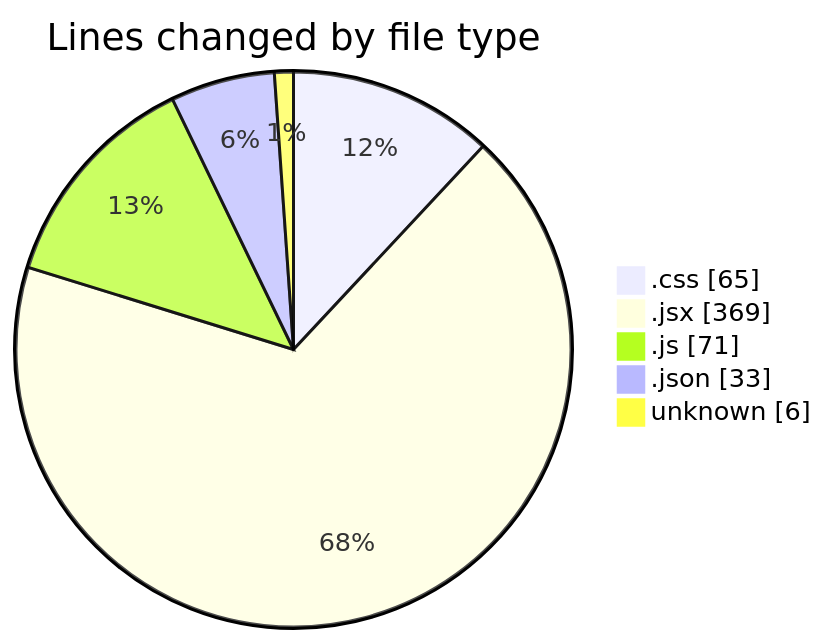
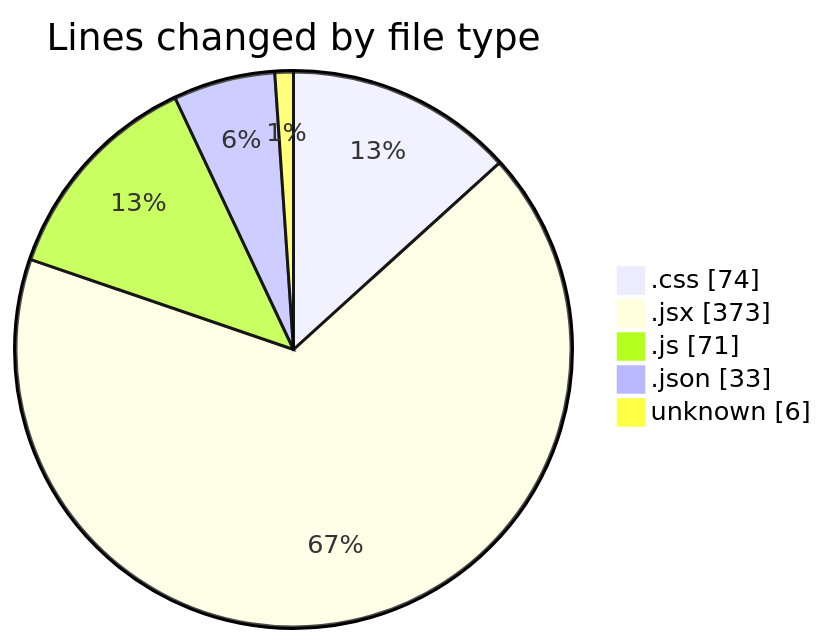
The first of 2 diagrams in 2025-02-14/elitegpt/README.md (Elitesun/code-tracking), drawn with Mermaid before and after one commit. The commit also changed other lines of this file and 1 other file, not shown here.

````diff
--- a/2025-02-14/elitegpt/README.md
+++ b/2025-02-14/elitegpt/README.md
@@ -32,9 +32,9 @@
 ```mermaid
 pie showData
 title Lines changed by file type
-".css" : 65
-".jsx" : 369
+".css" : 74
+".jsx" : 373
 ".js" : 71
 ".json" : 33
 "unknown" : 6
 ```
````
